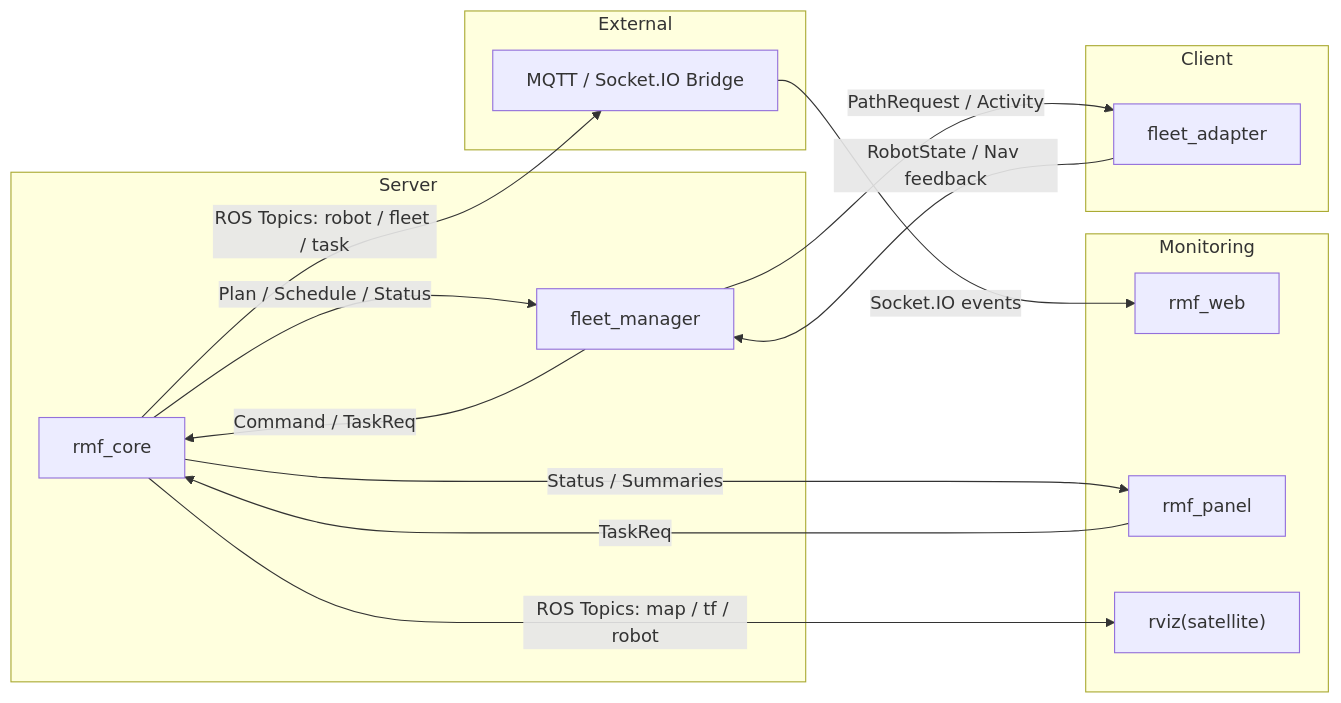
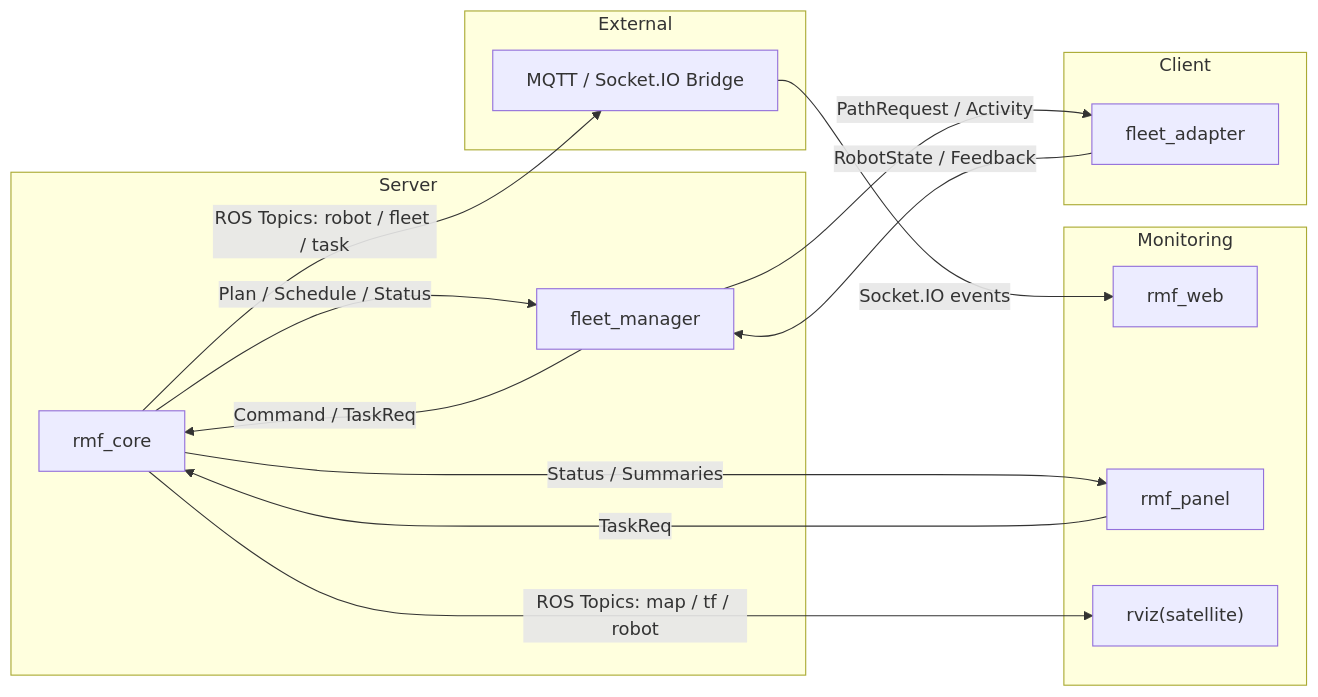
One commit to DeveloperKSH/Open-RMF_DeliveryRobot changed the diagram in README.md. Above: the diagram before and after it, drawn with Mermaid.

Commit message:
md file update

````diff
--- a/README.md
+++ b/README.md
@@ -51,42 +51,42 @@
 ```mermaid
 flowchart LR
   %% ----- Server Core -----
   subgraph Core["Server"]
     rmfcore["rmf_core"]
     fm["fleet_manager"]
   end
 
   %% ----- External (robot viewpoint) -----
   subgraph Ext["External"]
     bridge["MQTT / Socket.IO Bridge"]
   end
 
   %% ----- Monitoring -----
   subgraph Mon["Monitoring"]
     dash["rmf_web"]
     panel["rmf_panel"]
     rviz["rviz(satellite)"]
   end
 
   %% ----- Robot Clients -----
   subgraph Clients["Client"]
     adapter["fleet_adapter"]
   end
 
   %% Server internals (양방향: 서로 다른 라벨로 분리)
   fm -->|Command / TaskReq| rmfcore
   rmfcore -->|Plan / Schedule / Status| fm
 
   %% Core ↔ External (주로 코어 -> 브리지)
   rmfcore -->|ROS Topics: robot / fleet / task| bridge
 
   %% Monitoring
   bridge -->|Socket.IO events| dash          
   panel -->|TaskReq| rmfcore                 
   rmfcore -->|Status / Summaries| panel      
   rmfcore -->|ROS Topics: map / tf / robot| rviz   
 
   %% Server ↔ Robot
   fm -->|PathRequest / Activity| adapter
-  adapter -->|RobotState / Nav feedback| fm
+  adapter -->|RobotState / Feedback| fm
 ```
````
